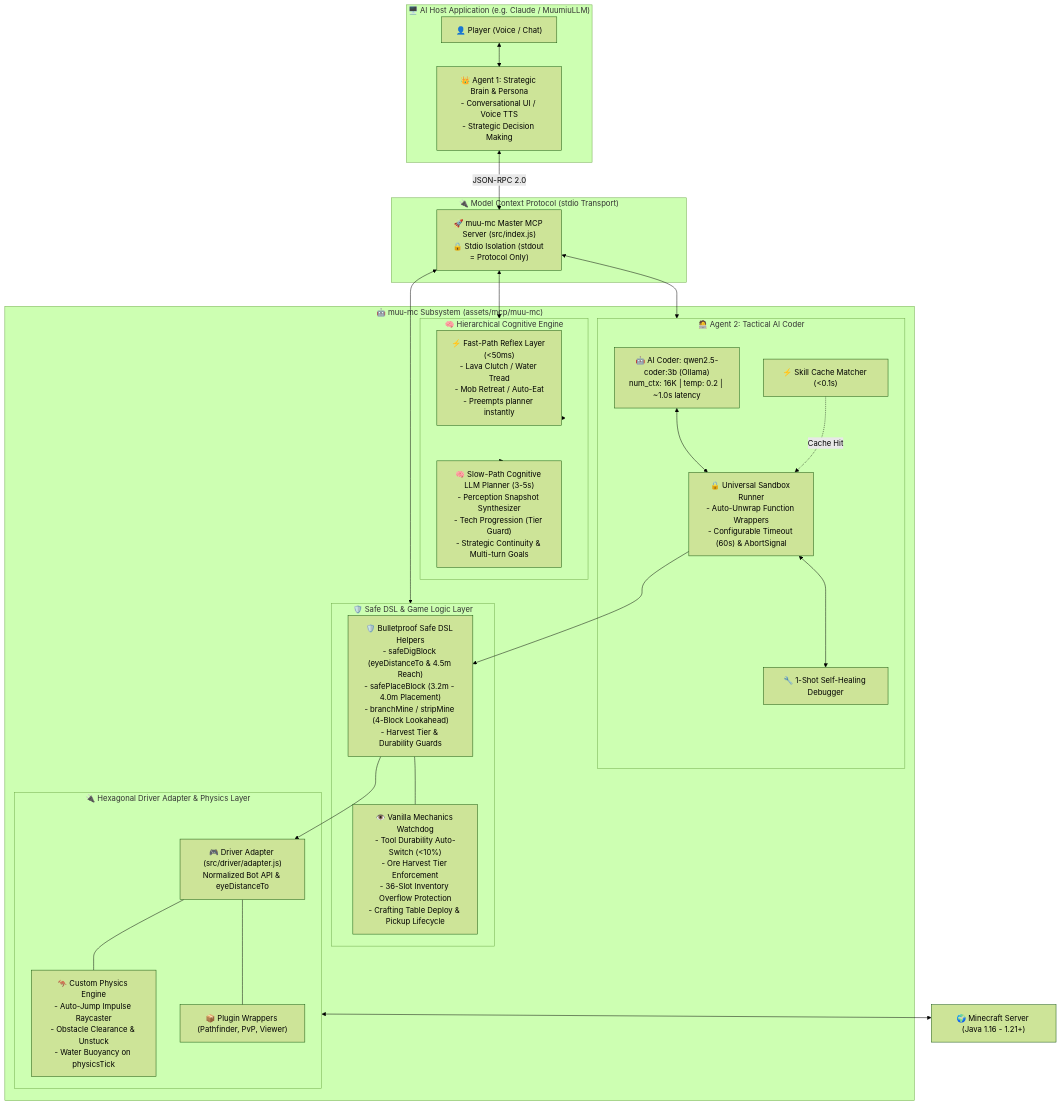
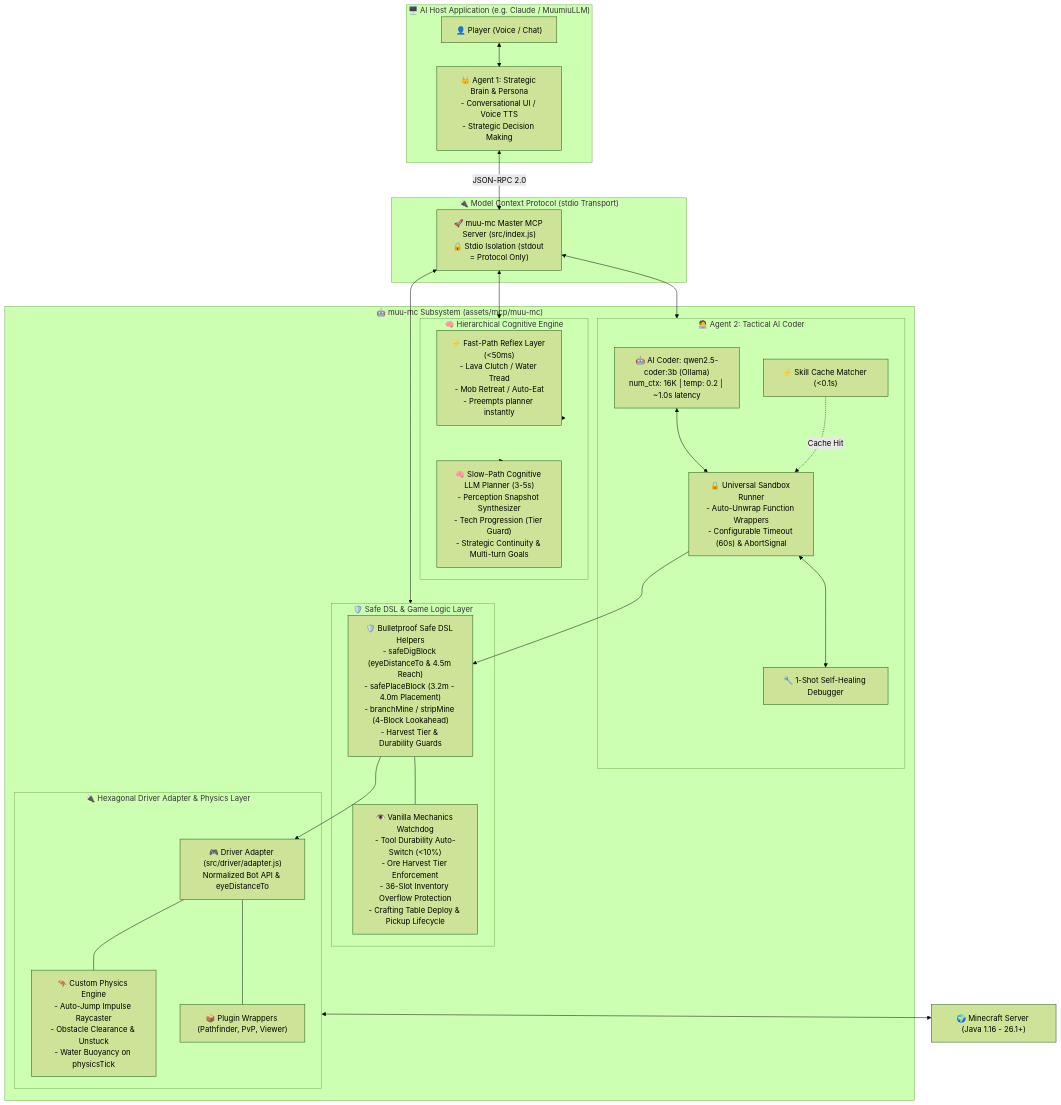
The diagram in README.md (Nice2MU/MUUMC), drawn with Mermaid (forest theme) before and after one commit. The commit also changed other lines of this file, not shown here.

````diff
--- a/README.md
+++ b/README.md
@@ -35,53 +35,53 @@
 ```mermaid
 flowchart TB
     subgraph HostLayer["🖥️ AI Host Application (e.g. Claude / MuumiuLLM)"]
         User["👤 Player (Voice / Chat)"]
         A1["👑 Agent 1: Strategic Brain & Persona<br/>- Conversational UI / Voice TTS<br/>- Strategic Decision Making"]
         User <--> A1
     end
 
     subgraph MCPBridge["🔌 Model Context Protocol (stdio Transport)"]
         A1 <-->|JSON-RPC 2.0| MCPServer["🚀 muu-mc Master MCP Server (src/index.js)<br/>🔒 Stdio Isolation (stdout = Protocol Only)"]
     end
 
     subgraph SubsystemLayer["🤖 muu-mc Subsystem (assets/mcp/muu-mc)"]
         subgraph CognitiveCore["🧠 Hierarchical Cognitive Engine"]
             FastReflex["⚡ Fast-Path Reflex Layer (<50ms)<br/>- Lava Clutch / Water Tread<br/>- Mob Retreat / Auto-Eat<br/>- Preempts planner instantly"]
             LLMPlanner["🧠 Slow-Path Cognitive LLM Planner (3-5s)<br/>- Perception Snapshot Synthesizer<br/>- Tech Progression (Tier Guard)<br/>- Strategic Continuity & Multi-turn Goals"]
         end
 
         subgraph EmbeddedAgent2["🧑‍💻 Agent 2: Tactical AI Coder"]
             A2["🤖 AI Coder: qwen2.5-coder:3b (Ollama)<br/>num_ctx: 16K | temp: 0.2 | ~1.0s latency"]
             SkillCache["⚡ Skill Cache Matcher (<0.1s)"]
             Sandbox["🔒 Universal Sandbox Runner<br/>- Auto-Unwrap Function Wrappers<br/>- Configurable Timeout (60s) & AbortSignal"]
             Debugger["🔧 1-Shot Self-Healing Debugger"]
             A2 <--> Sandbox
             Sandbox <--> Debugger
             SkillCache -.->|Cache Hit| Sandbox
         end
 
         subgraph BusinessLogic["🛡️ Safe DSL & Game Logic Layer"]
             DSL["🛡️ Bulletproof Safe DSL Helpers<br/>- safeDigBlock (eyeDistanceTo & 4.5m Reach)<br/>- safePlaceBlock (3.2m - 4.0m Placement)<br/>- branchMine / stripMine (4-Block Lookahead)<br/>- Harvest Tier & Durability Guards"]
             Watchdog["👁️ Vanilla Mechanics Watchdog<br/>- Tool Durability Auto-Switch (<10%)<br/>- Ore Harvest Tier Enforcement<br/>- 36-Slot Inventory Overflow Protection<br/>- Crafting Table Deploy & Pickup Lifecycle"]
             DSL --- Watchdog
         end
 
         subgraph AdapterLayer["🔌 Hexagonal Driver Adapter & Physics Layer"]
             Adapter["🎮 Driver Adapter (src/driver/adapter.js)<br/>Normalized Bot API & eyeDistanceTo"]
             Physics["🦘 Custom Physics Engine<br/>- Auto-Jump Impulse Raycaster<br/>- Obstacle Clearance & Unstuck<br/>- Water Buoyancy on physicsTick"]
             Wrappers["📦 Plugin Wrappers (Pathfinder, PvP, Viewer)"]
             Adapter --- Physics
             Adapter --- Wrappers
         end
 
         MCPServer <--> CognitiveCore
         MCPServer <--> EmbeddedAgent2
         MCPServer <--> BusinessLogic
         CognitiveCore --> FastReflex
         CognitiveCore --> LLMPlanner
         Sandbox --> DSL
         DSL --> Adapter
     end
 
-    AdapterLayer <--> MCServer["🌍 Minecraft Server (Java 1.16 - 1.21+)"]
+    AdapterLayer <--> MCServer["🌍 Minecraft Server (Java 1.16 - 26.1+)"]
 ```
````
